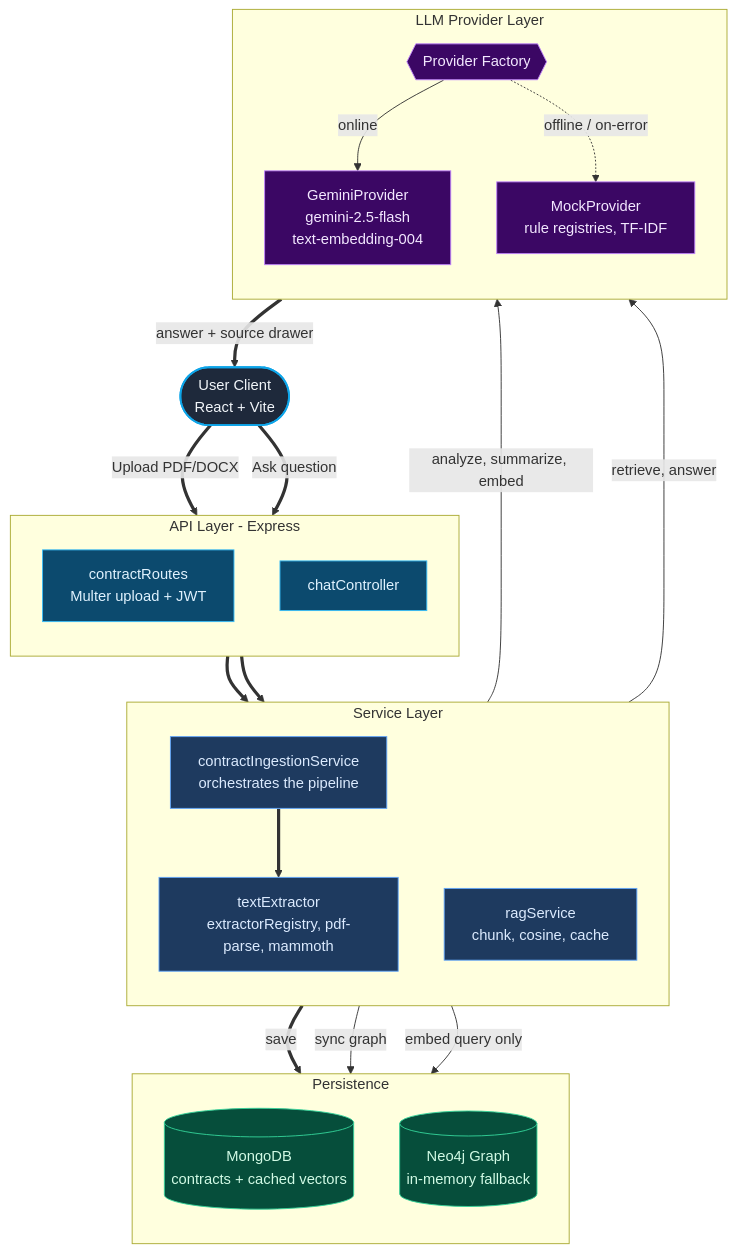
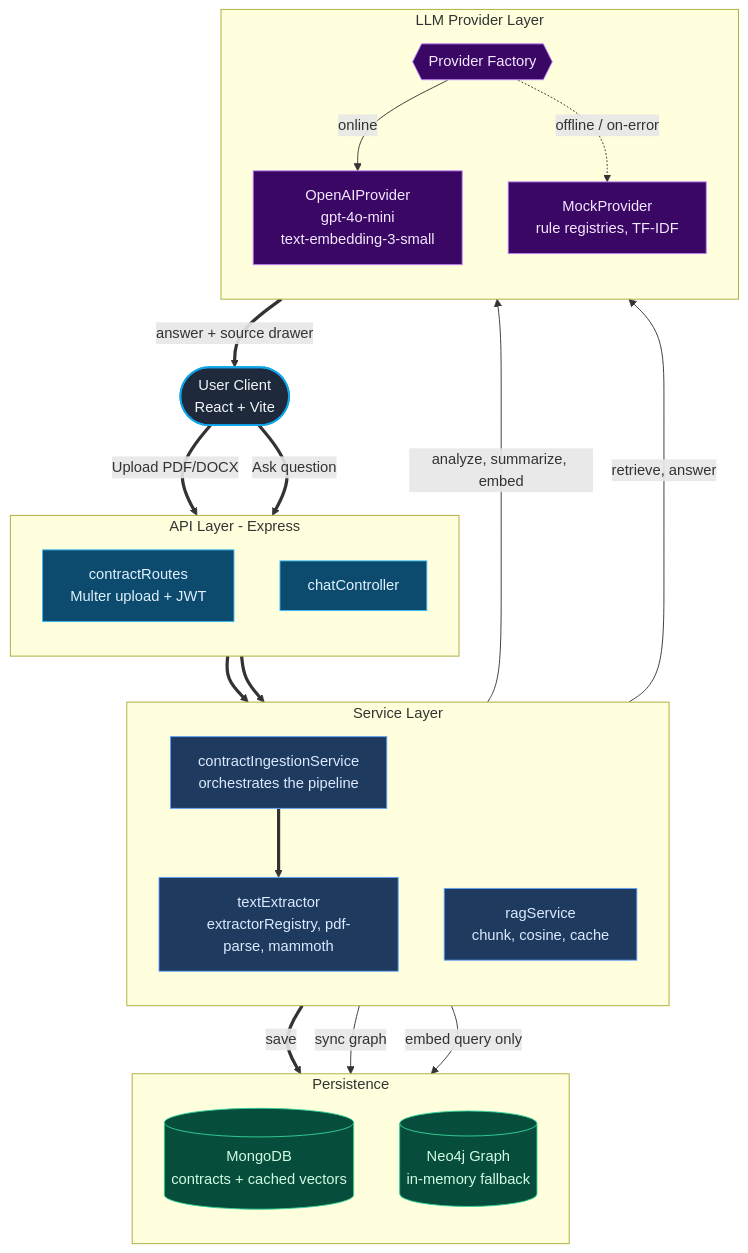
One commit to WhySeriousKaif/GenAI-Final-Project changed the diagram in README.md. Above: the diagram before and after it, drawn with Mermaid. The commit also changed other lines of this file and 20 other files, not shown here.

First line of the commit message:
Replace Gemini with OpenAI ChatGPT across the AI provider layer.

````diff
--- a/README.md
+++ b/README.md
@@ -15,60 +15,60 @@
 ```mermaid
 flowchart TB
     User(["User Client<br/>React + Vite"])
 
     subgraph API["API Layer - Express"]
         direction TB
         Routes["contractRoutes<br/>Multer upload + JWT"]
         Chat["chatController"]
     end
 
     subgraph CORE["Service Layer"]
         direction TB
         Ingest["contractIngestionService<br/>orchestrates the pipeline"]
         TextExt["textExtractor<br/>extractorRegistry, pdf-parse, mammoth"]
         RAG["ragService<br/>chunk, cosine, cache"]
     end
 
     subgraph AI["LLM Provider Layer"]
         direction TB
         Provider{{"Provider Factory"}}
-        Gemini["GeminiProvider<br/>gemini-2.5-flash<br/>text-embedding-004"]
+        OpenAI["OpenAIProvider<br/>gpt-4o-mini<br/>text-embedding-3-small"]
         Mock["MockProvider<br/>rule registries, TF-IDF"]
-        Provider -->|online| Gemini
+        Provider -->|online| OpenAI
         Provider -.->|offline / on-error| Mock
     end
 
     subgraph DATA["Persistence"]
         direction TB
         Mongo[("MongoDB<br/>contracts + cached vectors")]
         Neo4j[("Neo4j Graph<br/>in-memory fallback")]
     end
 
     %% Ingestion flow
     User ==>|Upload PDF/DOCX| Routes
     Routes ==> Ingest
     Ingest ==> TextExt
     Ingest -->|analyze, summarize, embed| Provider
     Ingest ==>|save| Mongo
     Ingest -->|sync graph| Neo4j
 
     %% RAG chat flow
     User ==>|Ask question| Chat
     Chat ==> RAG
     RAG -->|embed query only| Mongo
     RAG -->|retrieve, answer| Provider
     Provider ==>|answer + source drawer| User
 
     %% Styling
     classDef client fill:#1e293b,stroke:#0ea5e9,stroke-width:2px,color:#f1f5f9
     classDef api fill:#0c4a6e,stroke:#38bdf8,color:#e0f2fe
     classDef core fill:#1e3a5f,stroke:#60a5fa,color:#dbeafe
     classDef ai fill:#3b0764,stroke:#c084fc,color:#f3e8ff
     classDef data fill:#064e3b,stroke:#34d399,color:#d1fae5
 
     class User client
     class Routes,Chat api
     class Ingest,TextExt,RAG core
-    class Provider,Gemini,Mock ai
+    class Provider,OpenAI,Mock ai
     class Mongo,Neo4j data
 ```
````
